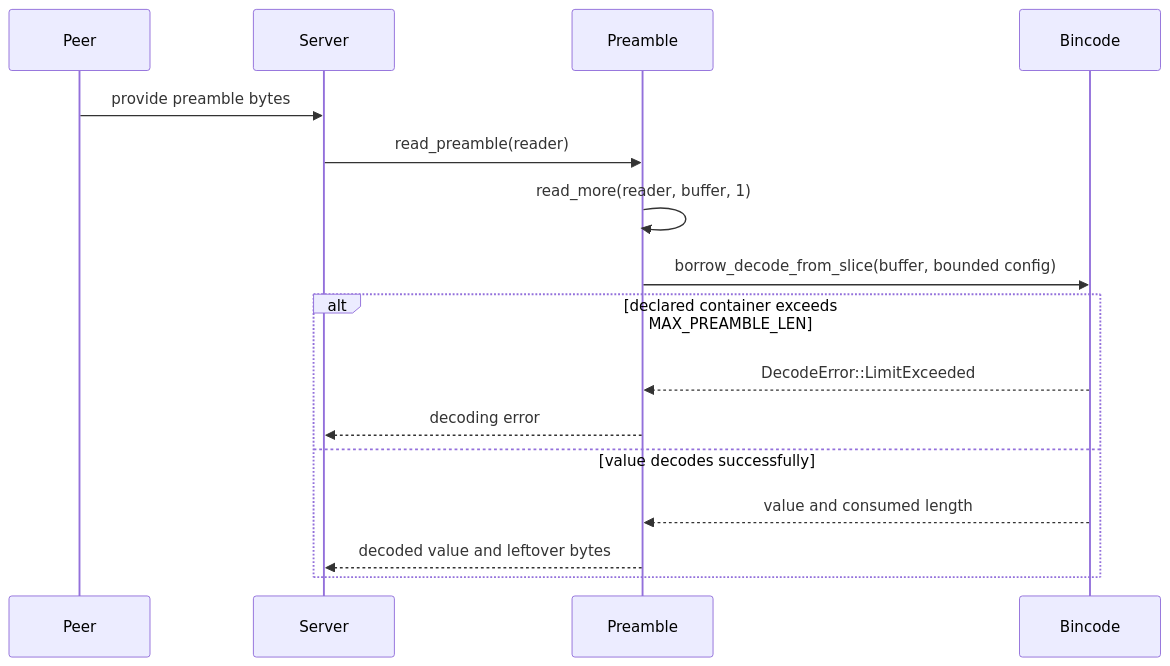
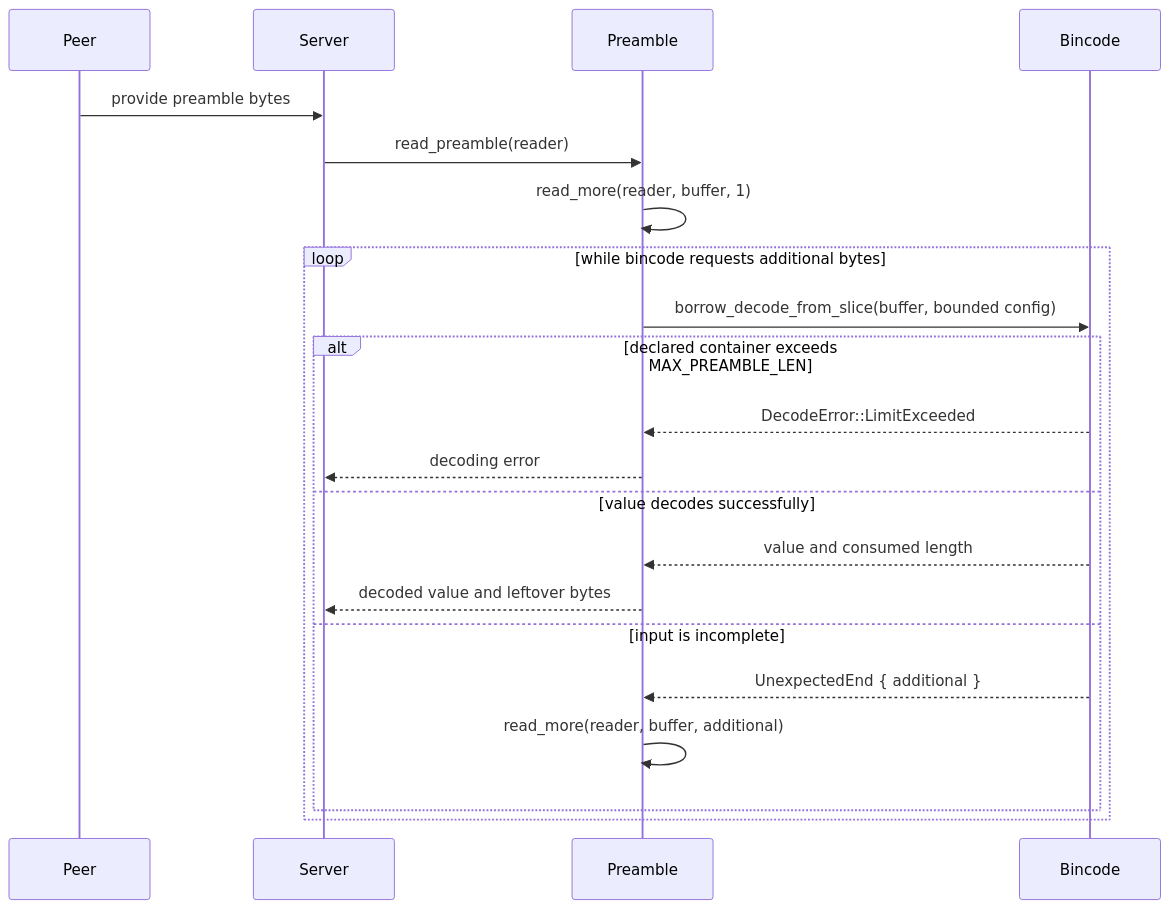
One commit to leynos/wireframe changed the first of 3 diagrams in docs/preamble-validator.md. Above: the diagram before and after it, drawn with Mermaid. The commit also changed other lines of this file and 6 other files, not shown here.

````diff
--- a/docs/preamble-validator.md
+++ b/docs/preamble-validator.md
@@ -23,19 +24,24 @@
 ```mermaid
 sequenceDiagram
     participant Peer
     participant Server
     participant Preamble
     participant Bincode
 
     Peer->>Server: provide preamble bytes
     Server->>Preamble: read_preamble(reader)
     Preamble->>Preamble: read_more(reader, buffer, 1)
-    Preamble->>Bincode: borrow_decode_from_slice(buffer, bounded config)
-    alt declared container exceeds MAX_PREAMBLE_LEN
-        Bincode-->>Preamble: DecodeError::LimitExceeded
-        Preamble-->>Server: decoding error
-    else value decodes successfully
-        Bincode-->>Preamble: value and consumed length
-        Preamble-->>Server: decoded value and leftover bytes
+    loop while bincode requests additional bytes
+        Preamble->>Bincode: borrow_decode_from_slice(buffer, bounded config)
+        alt declared container exceeds MAX_PREAMBLE_LEN
+            Bincode-->>Preamble: DecodeError::LimitExceeded
+            Preamble-->>Server: decoding error
+        else value decodes successfully
+            Bincode-->>Preamble: value and consumed length
+            Preamble-->>Server: decoded value and leftover bytes
+        else input is incomplete
+            Bincode-->>Preamble: UnexpectedEnd { additional }
+            Preamble->>Preamble: read_more(reader, buffer, additional)
+        end
     end
 ```
````
